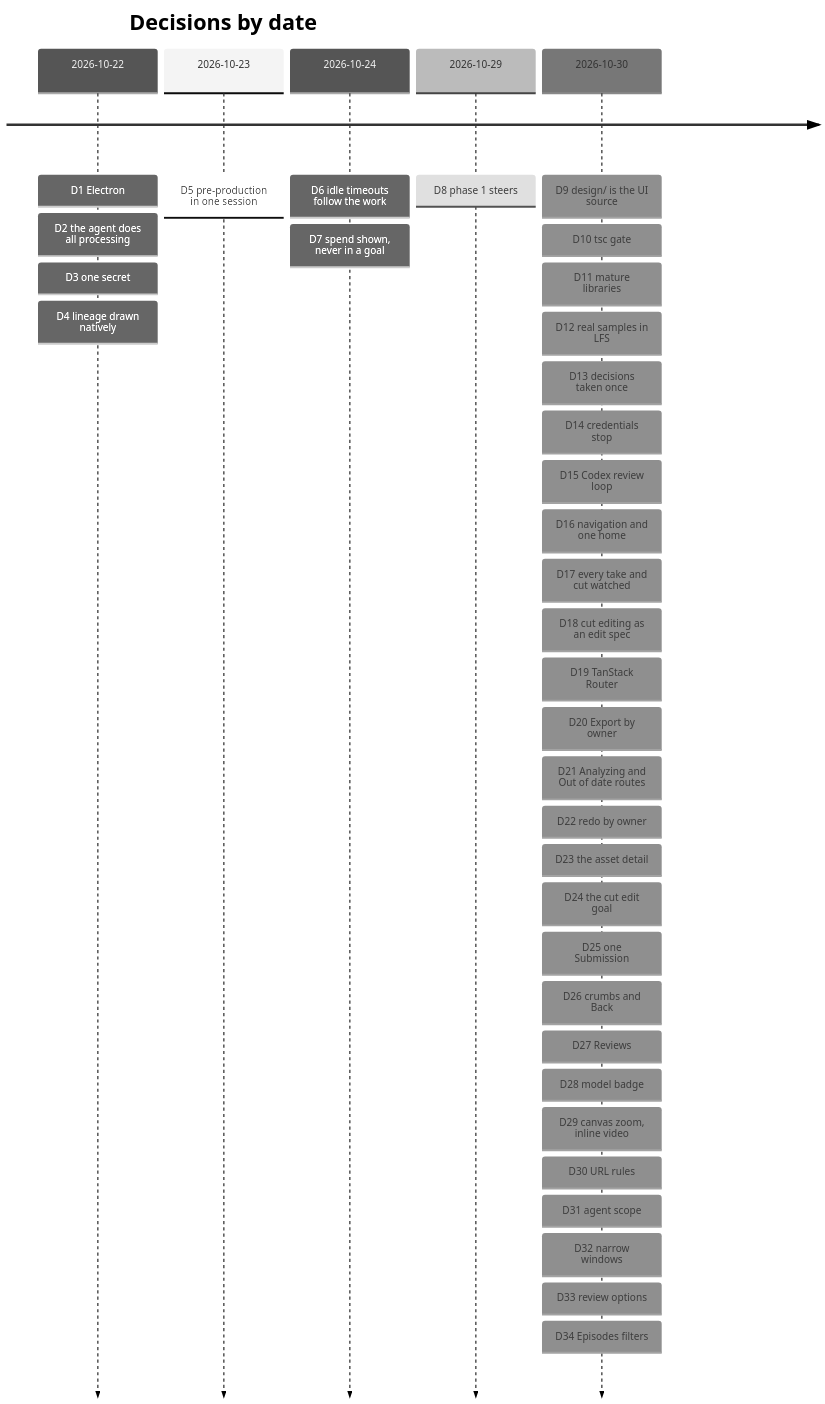
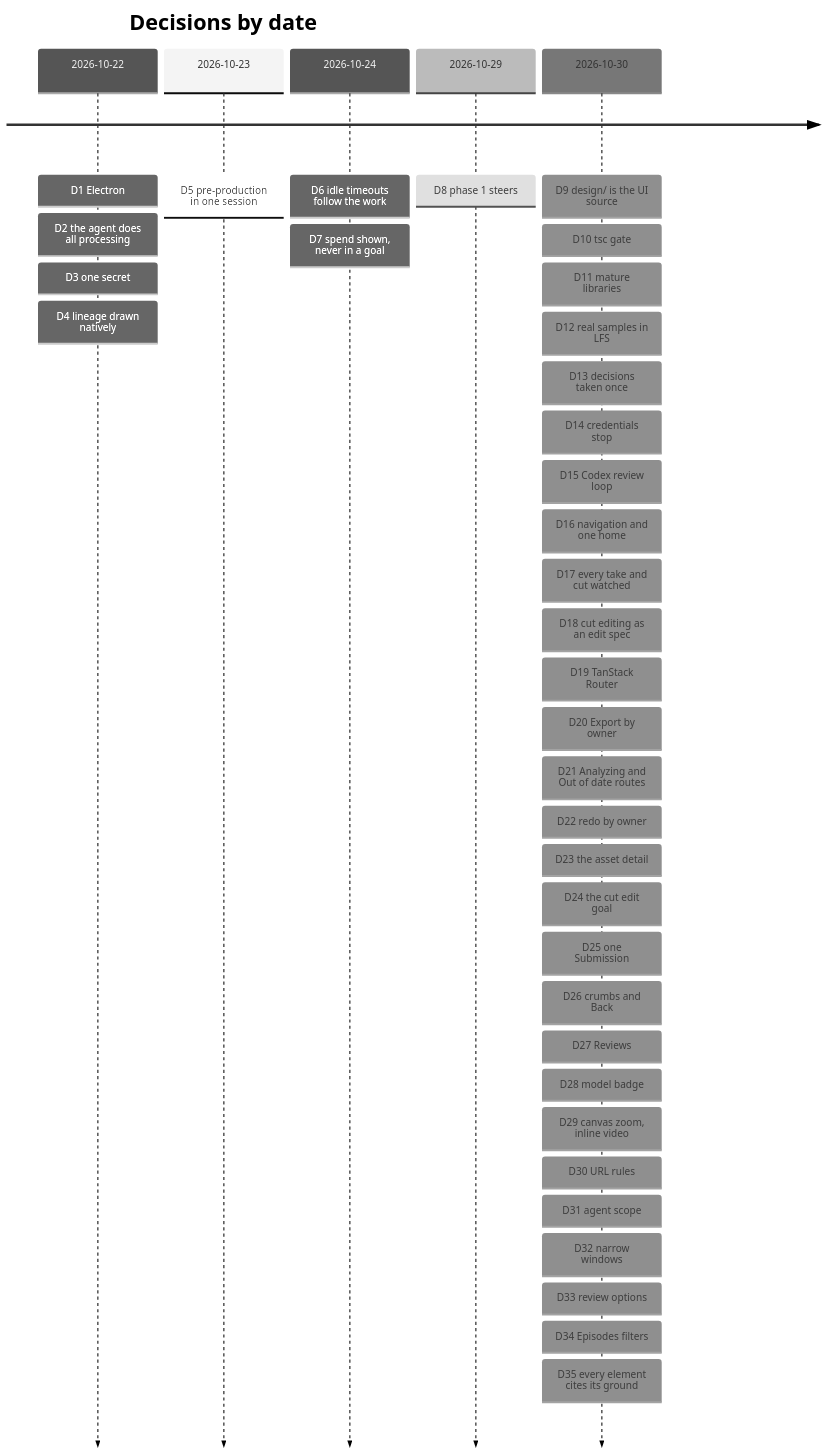
Before and after one commit to PineComputer/open-pinedrama: the diagram in docs/decisions.md, drawn with Mermaid (neutral theme). The commit also changed other lines of this file and 2 other files, not shown here.

First line of the commit message:
docs: principle 14, every UI element cites its ground, with the design-change checklist (D35)

````diff
--- a/docs/decisions.md
+++ b/docs/decisions.md
@@ -16,9 +16,9 @@
 ```mermaid
 timeline
   title Decisions by date
   2026-10-22 : D1 Electron : D2 the agent does all processing : D3 one secret : D4 lineage drawn natively
   2026-10-23 : D5 pre-production in one session
   2026-10-24 : D6 idle timeouts follow the work : D7 spend shown, never in a goal
   2026-10-29 : D8 phase 1 steers
-  2026-10-30 : D9 design/ is the UI source : D10 tsc gate : D11 mature libraries : D12 real samples in LFS : D13 decisions taken once : D14 credentials stop : D15 Codex review loop : D16 navigation and one home : D17 every take and cut watched : D18 cut editing as an edit spec : D19 TanStack Router : D20 Export by owner : D21 Analyzing and Out of date routes : D22 redo by owner : D23 the asset detail : D24 the cut edit goal : D25 one Submission : D26 crumbs and Back : D27 Reviews : D28 model badge : D29 canvas zoom, inline video : D30 URL rules : D31 agent scope : D32 narrow windows : D33 review options : D34 Episodes filters
+  2026-10-30 : D9 design/ is the UI source : D10 tsc gate : D11 mature libraries : D12 real samples in LFS : D13 decisions taken once : D14 credentials stop : D15 Codex review loop : D16 navigation and one home : D17 every take and cut watched : D18 cut editing as an edit spec : D19 TanStack Router : D20 Export by owner : D21 Analyzing and Out of date routes : D22 redo by owner : D23 the asset detail : D24 the cut edit goal : D25 one Submission : D26 crumbs and Back : D27 Reviews : D28 model badge : D29 canvas zoom, inline video : D30 URL rules : D31 agent scope : D32 narrow windows : D33 review options : D34 Episodes filters : D35 every element cites its ground
 ```
````
